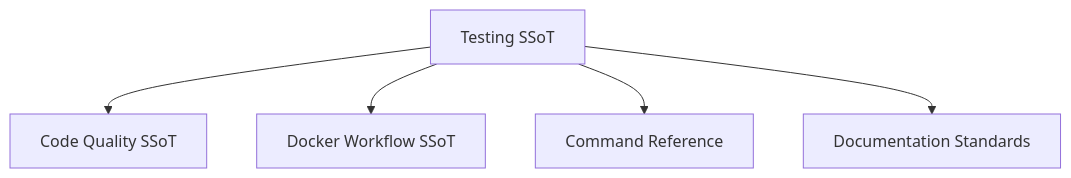
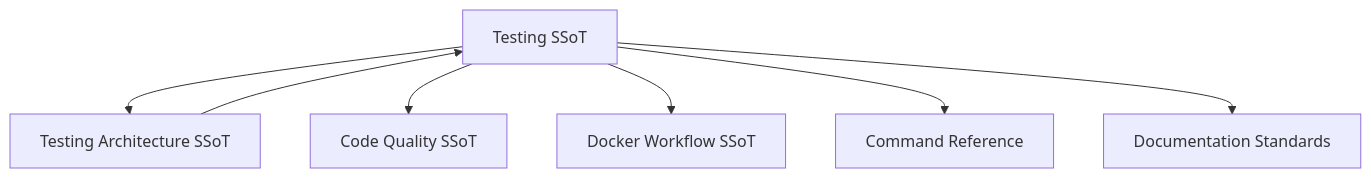
One commit to Tuee22/effectful changed the first of 2 diagrams in documents/engineering/testing.md. Above: the diagram before and after it, drawn with Mermaid. The commit also changed other lines of this file and 34 other files, not shown here.

````diff
--- a/documents/engineering/testing.md
+++ b/documents/engineering/testing.md
@@ -11,13 +11,16 @@
 ```mermaid
 flowchart TB
   Testing[Testing SSoT]
+  TestingArch[Testing Architecture SSoT]
   CodeQuality[Code Quality SSoT]
   Docker[Docker Workflow SSoT]
   Commands[Command Reference]
   Docs[Documentation Standards]
 
+  Testing --> TestingArch
   Testing --> CodeQuality
   Testing --> Docker
   Testing --> Commands
   Testing --> Docs
+  TestingArch --> Testing
 ```
````
